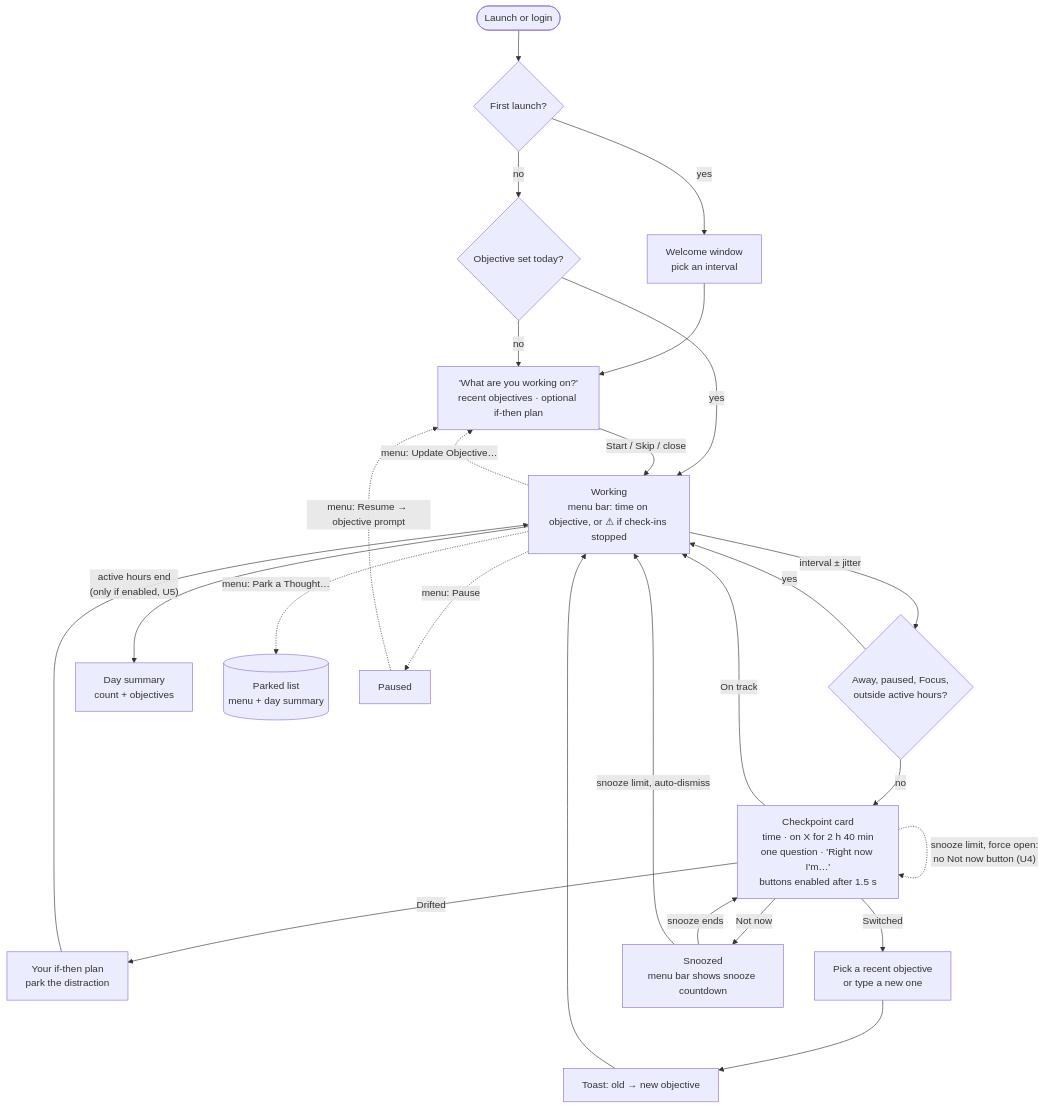
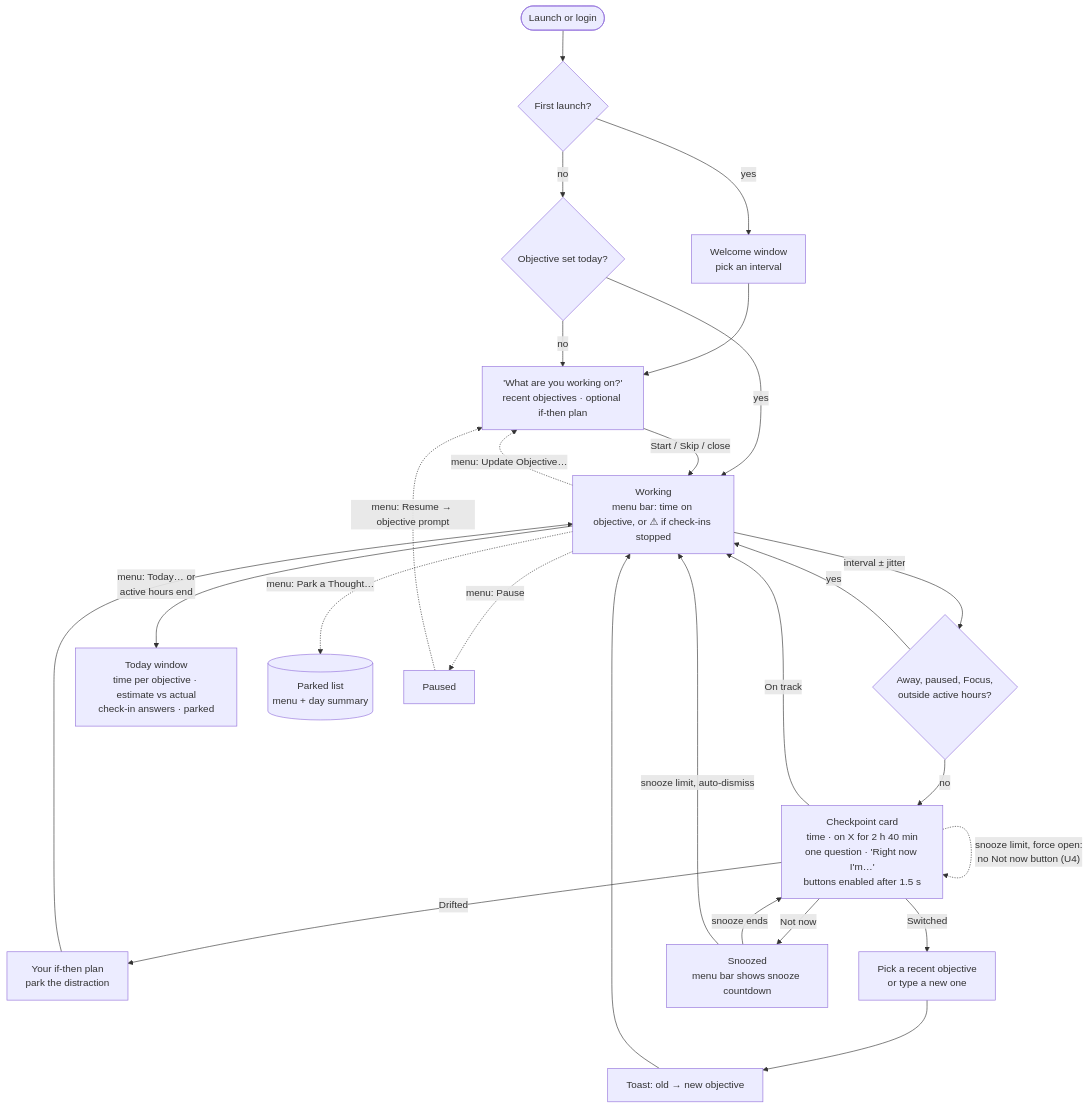
One commit to rkrevolution/Checkpoint changed the first of 3 diagrams in docs/ux-flow.md. Above: the diagram before and after it, drawn with Mermaid. The commit also changed other lines of this file and 10 other files, not shown here.

First line of the commit message:
Estimate vs actual, Today window, and idle-aware time tracking

````diff
--- a/docs/ux-flow.md
+++ b/docs/ux-flow.md
@@ -7,30 +7,30 @@
 ```mermaid
 flowchart TD
     Launch([Launch or login]) --> First{First launch?}
     First -- yes --> Welcome["Welcome window<br/>pick an interval"]
     Welcome --> Objective
     First -- no --> Today{"Objective set today?"}
     Today -- yes --> Work
     Today -- no --> Objective["'What are you working on?'<br/>recent objectives · optional if-then plan"]
     Objective -- "Start / Skip / close" --> Work
 
     Work["Working<br/>menu bar: time on objective, or ⚠ if check-ins stopped"] -->|"interval ± jitter"| Gates{"Away, paused, Focus,<br/>outside active hours?"}
     Gates -- yes --> Work
     Gates -- no --> Card
 
     Card["Checkpoint card<br/>time · on X for 2 h 40 min<br/>one question · 'Right now I'm…'<br/>buttons enabled after 1.5 s"]
     Card -- "On track" --> Work
     Card -- "Drifted" --> Drift["Your if-then plan<br/>park the distraction"] --> Work
     Card -- "Switched" --> Switch["Pick a recent objective<br/>or type a new one"] --> Toast["Toast: old → new objective"] --> Work
     Card -- "Not now" --> Snoozed["Snoozed<br/>menu bar shows snooze countdown"]
     Snoozed -->|"snooze ends"| Card
     Snoozed -->|"snooze limit, auto-dismiss"| Work
     Card -.->|"snooze limit, force open:<br/>no Not now button (U4)"| Card
 
-    Work -->|"active hours end<br/>(only if enabled, U5)"| Summary["Day summary<br/>count + objectives"]
+    Work -->|"menu: Today… or<br/>active hours end"| Summary["Today window<br/>time per objective · estimate vs actual<br/>check-in answers · parked"]
 
     Work -.->|"menu: Update Objective…"| Objective
     Work -.->|"menu: Park a Thought…"| Parked[("Parked list<br/>menu + day summary")]
     Work -.->|"menu: Pause"| Paused["Paused"]
     Paused -.->|"menu: Resume → objective prompt"| Objective
 ```
````
